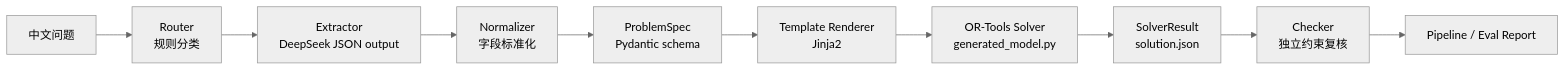
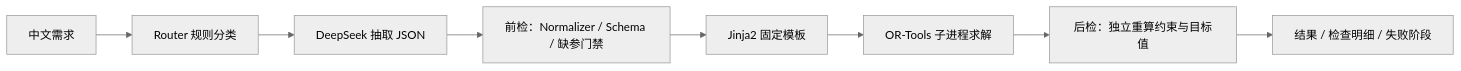
Before and after one commit to Levvvi/NL2OPT: the diagram in README.md, drawn with Mermaid (neutral theme). The commit also changed other lines of this file and 45 other files, not shown here.

````diff
--- a/README.md
+++ b/README.md
@@ -67,12 +16,10 @@
 ```mermaid
 flowchart LR
-    A["中文问题"] --> B["Router<br/>规则分类"]
-    B --> C["Extractor<br/>DeepSeek JSON output"]
-    C --> D["Normalizer<br/>字段标准化"]
-    D --> E["ProblemSpec<br/>Pydantic schema"]
-    E --> F["Template Renderer<br/>Jinja2"]
-    F --> G["OR-Tools Solver<br/>generated_model.py"]
-    G --> H["SolverResult<br/>solution.json"]
-    H --> I["Checker<br/>独立约束复核"]
-    I --> J["Pipeline / Eval Report"]
+    A[中文需求] --> B[Router 规则分类]
+    B --> C[DeepSeek 抽取 JSON]
+    C --> D[前检：Normalizer / Schema / 缺参门禁]
+    D --> E[Jinja2 固定模板]
+    E --> F[OR-Tools 子进程求解]
+    F --> G[后检：独立重算约束与目标值]
+    G --> H[结果 / 检查明细 / 失败阶段]
 ```
````
